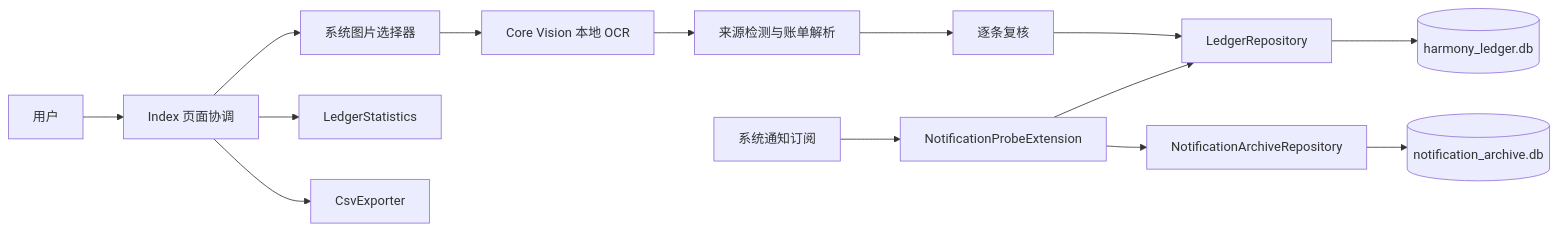
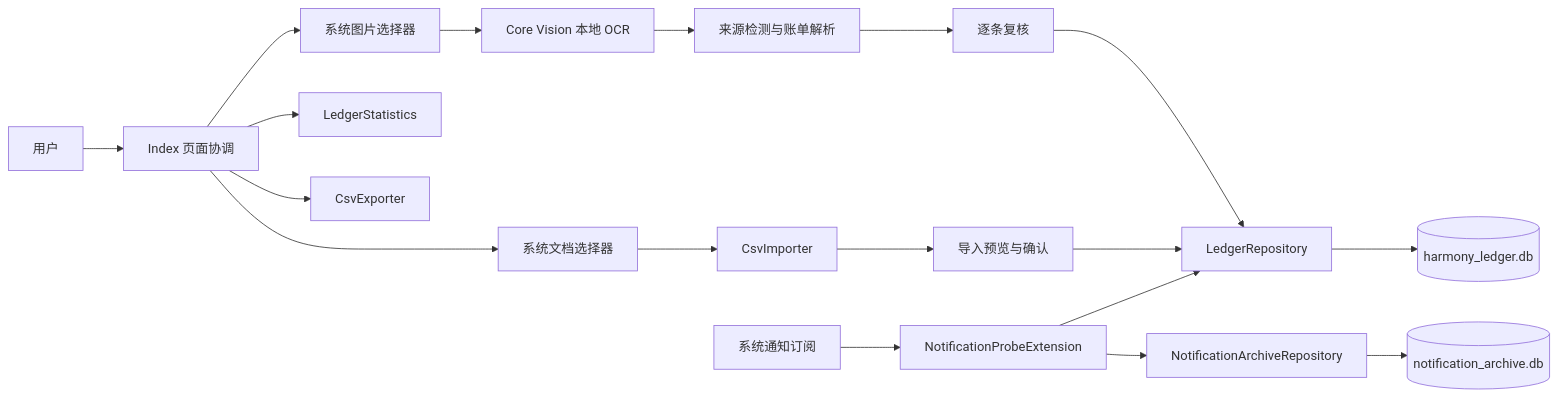
The diagram in docs/architecture.md (ShixmSimon/harmonyos-ledger), drawn with Mermaid before and after one commit. The commit also changed other lines of this file and 8 other files, not shown here.

```diff
--- a/docs/architecture.md
+++ b/docs/architecture.md
@@ -18,16 +18,20 @@
 ~~~mermaid
 flowchart LR
   User[用户] --> Index[Index 页面协调]
   Index --> Picker[系统图片选择器]
   Picker --> OCR[Core Vision 本地 OCR]
   OCR --> Parser[来源检测与账单解析]
   Parser --> Review[逐条复核]
   Review --> Ledger[LedgerRepository]
   Ledger --> LedgerDB[(harmony_ledger.db)]
+  Index --> CsvPicker[系统文档选择器]
+  CsvPicker --> CsvImport[CsvImporter]
+  CsvImport --> CsvPreview[导入预览与确认]
+  CsvPreview --> Ledger
   Notify[系统通知订阅] --> Extension[NotificationProbeExtension]
   Extension --> Archive[NotificationArchiveRepository]
   Archive --> ArchiveDB[(notification_archive.db)]
   Extension --> Ledger
   Index --> Stats[LedgerStatistics]
   Index --> CSV[CsvExporter]
 ~~~
```
